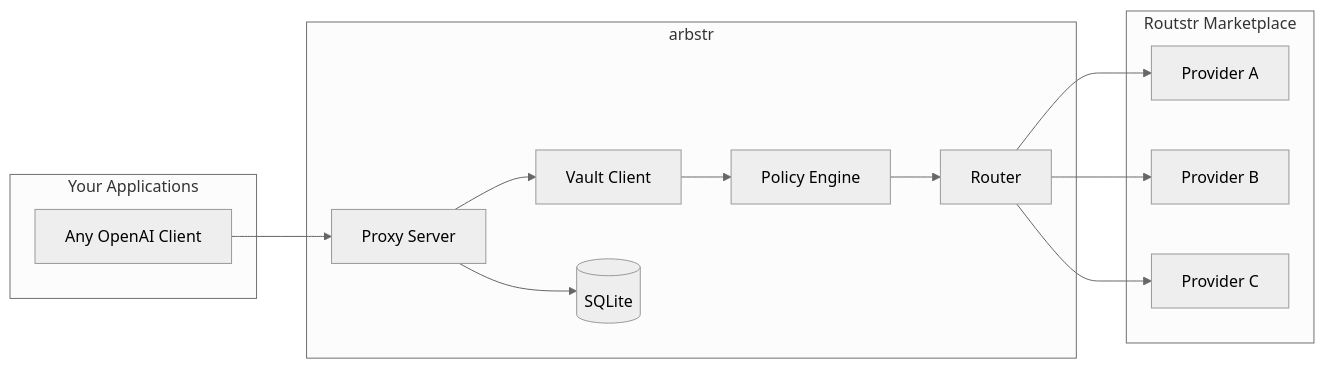
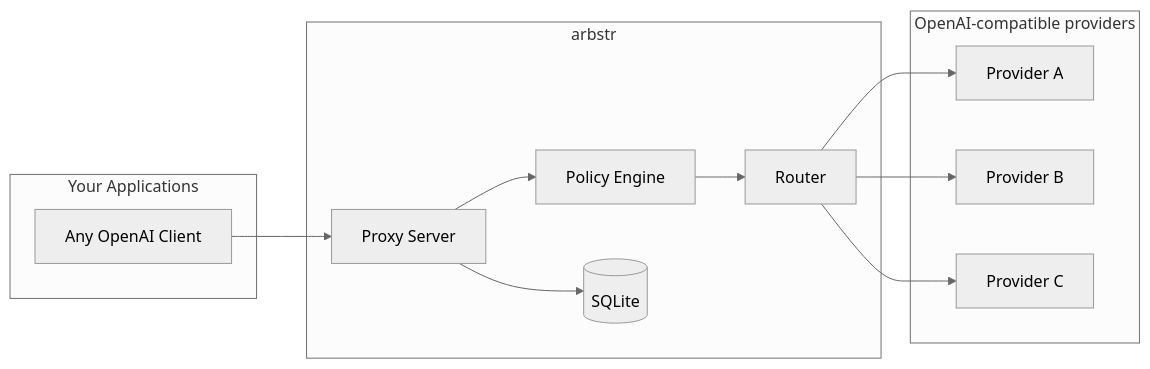
Before and after one commit to johnzilla/arbstr: the first of 2 diagrams in DEVELOPMENT.md, drawn with Mermaid (neutral theme). The commit also changed other lines of this file and 7 other files, not shown here.

````diff
--- a/DEVELOPMENT.md
+++ b/DEVELOPMENT.md
@@ -42,29 +45,27 @@
 ```mermaid
 flowchart LR
     subgraph Client["Your Applications"]
         App["Any OpenAI Client"]
     end
 
     subgraph Arbstr["arbstr"]
         Proxy["Proxy Server"]
-        Vault["Vault Client"]
         Policy["Policy Engine"]
         Router["Router"]
         DB[(SQLite)]
     end
 
-    subgraph Providers["Routstr Marketplace"]
+    subgraph Providers["OpenAI-compatible providers"]
         P1["Provider A"]
         P2["Provider B"]
         P3["Provider C"]
     end
 
     App --> Proxy
-    Proxy --> Vault
-    Vault --> Policy
+    Proxy --> Policy
     Policy --> Router
     Router --> P1
     Router --> P2
     Router --> P3
     Proxy --> DB
 ```
````
